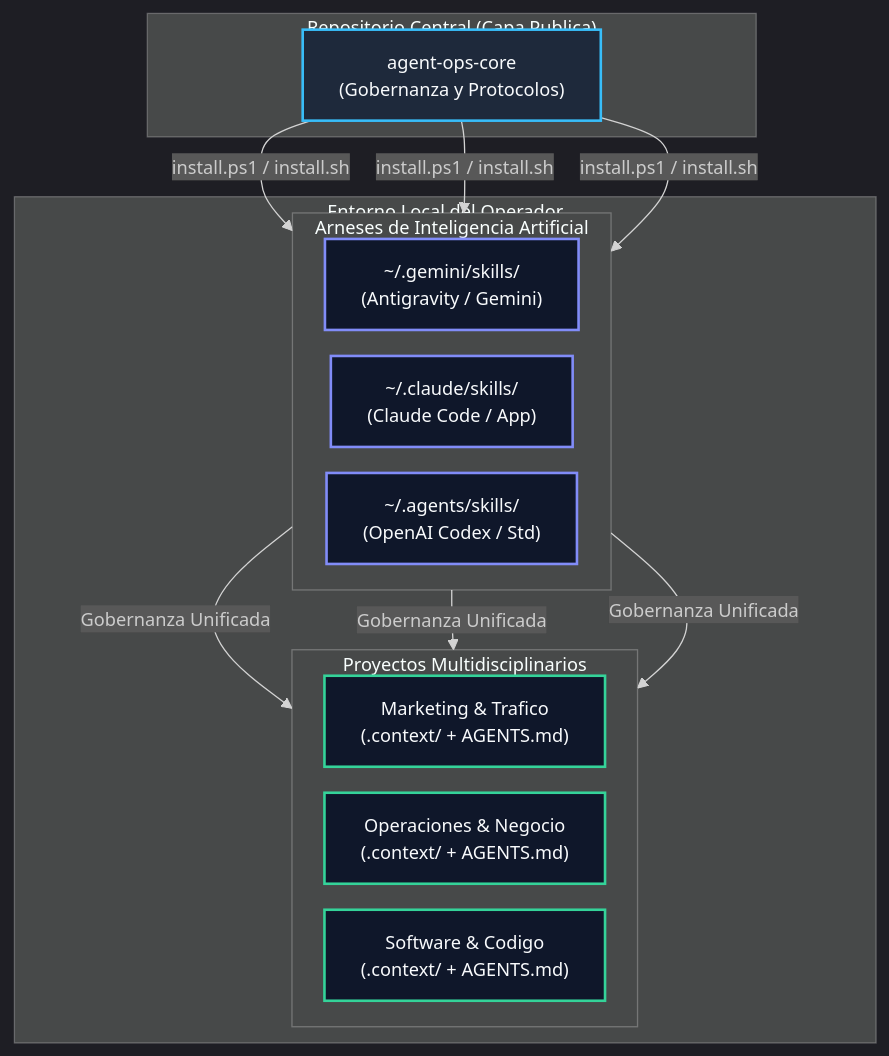
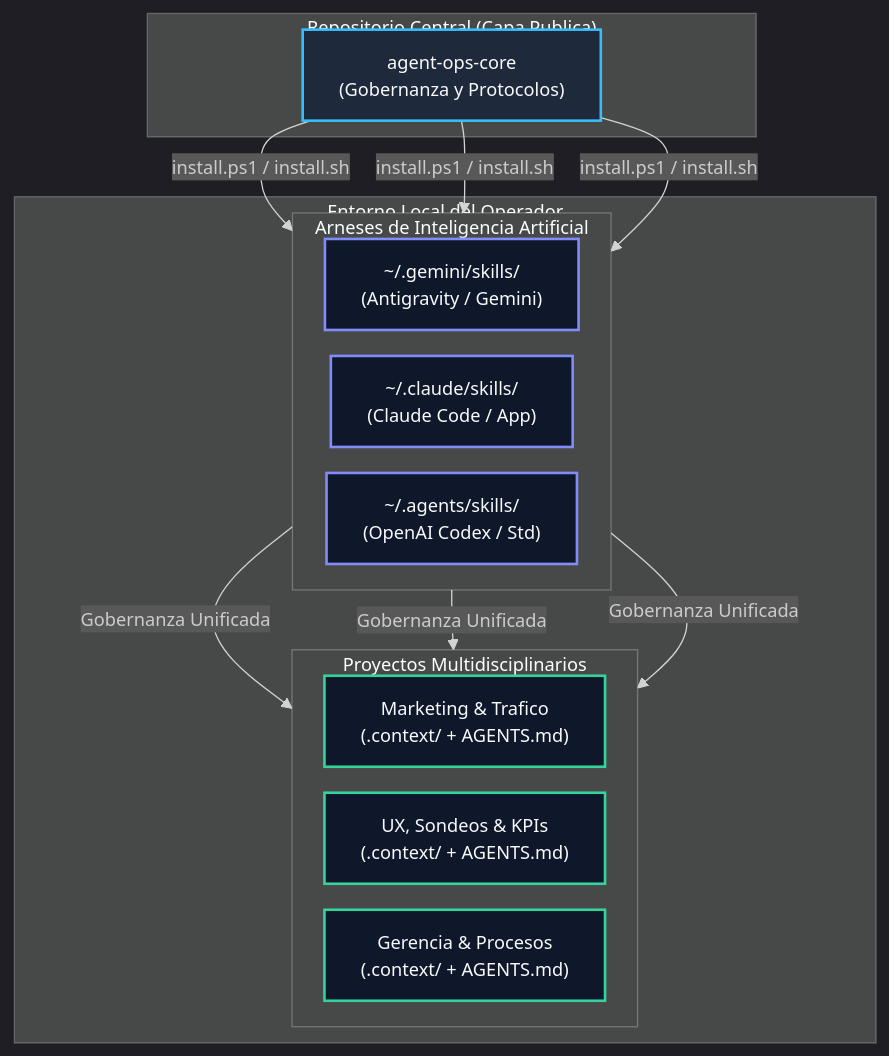
Before and after one commit to eddvasquez/agent-ops-core: the second of 4 diagrams in README.md, drawn with Mermaid. The commit also changed other lines of this file, not shown here.

Commit message:
docs(interlude): adaptar comunicacion a Marketing, Experiencia de Usuario (UX) y Gerencia Administrativa con casos reales y prompts especializados

````diff
--- a/README.md
+++ b/README.md
@@ -152,38 +229,38 @@
 ```mermaid
 %%{init: {'theme': 'dark', 'themeVariables': { 'fontSize': '14px' }, 'flowchart': { 'minNodeWidth': 220, 'nodeSpacing': 20, 'rankSpacing': 25, 'padding': 14 }}}%%
 flowchart TD
     subgraph GITHUB["Repositorio Central (Capa Publica)"]
         Core["agent-ops-core<br>(Gobernanza y Protocolos)"]
     end
 
     subgraph LOCAL["Entorno Local del Operador"]
         subgraph HARNESSES["Arneses de Inteligencia Artificial"]
             direction LR
             Gemini["~/.gemini/skills/<br>(Antigravity / Gemini)"]
             Claude["~/.claude/skills/<br>(Claude Code / App)"]
             Codex["~/.agents/skills/<br>(OpenAI Codex / Std)"]
         end
 
         subgraph PROYECTOS["Proyectos Multidisciplinarios"]
             direction LR
             P1["Marketing & Trafico<br>(.context/ + AGENTS.md)"]
-            P2["Operaciones & Negocio<br>(.context/ + AGENTS.md)"]
-            P3["Software & Codigo<br>(.context/ + AGENTS.md)"]
+            P2["UX, Sondeos & KPIs<br>(.context/ + AGENTS.md)"]
+            P3["Gerencia & Procesos<br>(.context/ + AGENTS.md)"]
         end
     end
 
     Core -->|"install.ps1 / install.sh"| Gemini
     Core -->|"install.ps1 / install.sh"| Claude
     Core -->|"install.ps1 / install.sh"| Codex
 
     Gemini -->|"Gobernanza Unificada"| PROYECTOS
     Claude -->|"Gobernanza Unificada"| PROYECTOS
     Codex -->|"Gobernanza Unificada"| PROYECTOS
 
     classDef central fill:#1e293b,stroke:#38bdf8,stroke-width:2px,color:#f8fafc;
     classDef harness fill:#0f172a,stroke:#818cf8,stroke-width:2px,color:#f8fafc;
     classDef project fill:#0f172a,stroke:#34d399,stroke-width:2px,color:#f8fafc;
     class Core central;
     class Gemini,Claude,Codex harness;
     class P1,P2,P3 project;
 ```
````
